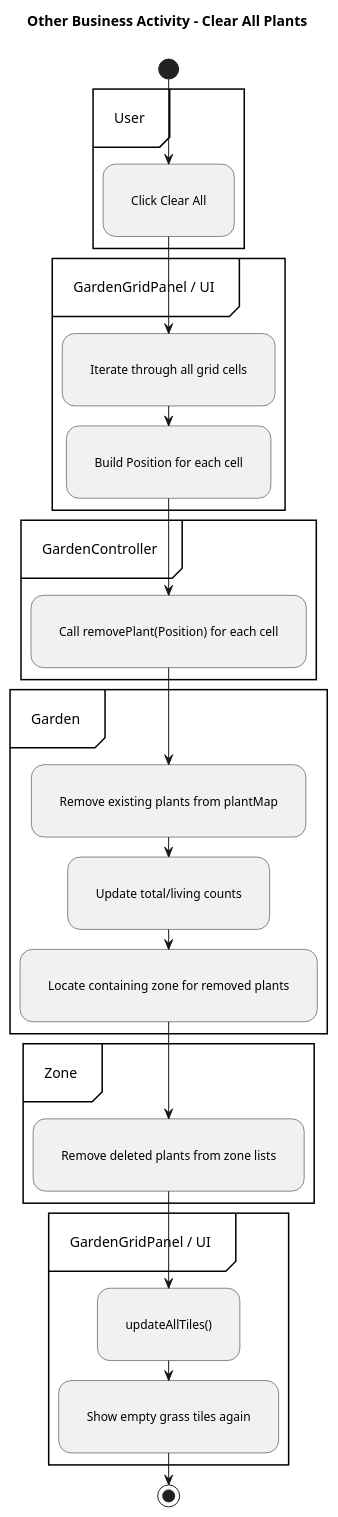
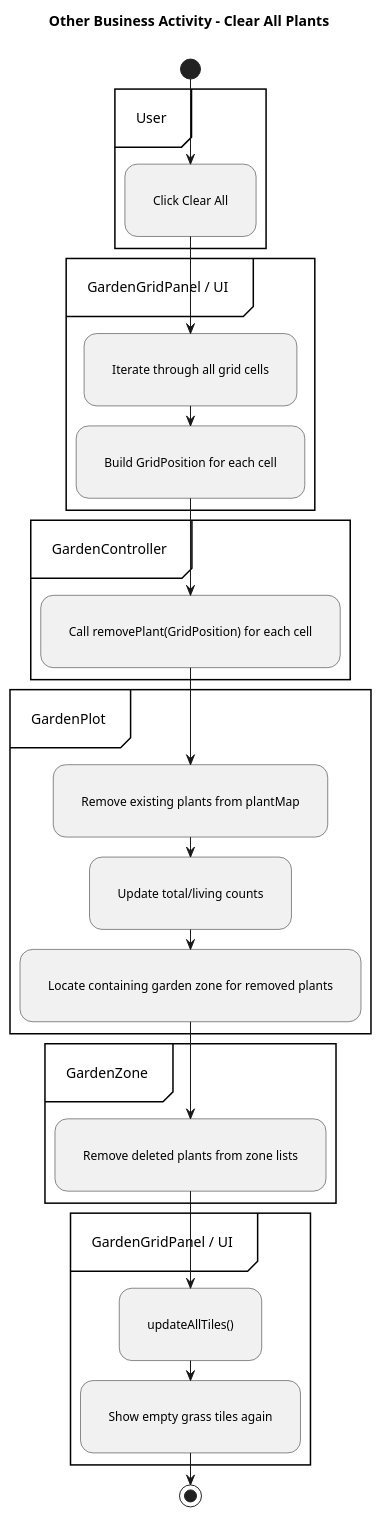
Before and after one commit to scientifios/computerizedgarden_csen275_group5: the diagram in docs_csen275_winter26/jjl/activity_other_business_plant_removal_and_manual_actions.puml, drawn with PlantUML. The commit also changed 8 other files, not shown here.

Commit message:
diagram updated with refactor

```diff
--- a/docs_csen275_winter26/jjl/activity_other_business_plant_removal_and_manual_actions.puml
+++ b/docs_csen275_winter26/jjl/activity_other_business_plant_removal_and_manual_actions.puml
@@ -1,43 +1,43 @@
 @startuml Activity_OtherBusiness_ClearAllPlants
 title Other Business Activity - Clear All Plants
 
 skinparam backgroundColor white
 skinparam shadowing false
 skinparam ranksep 110
 skinparam nodesep 80
 skinparam Padding 18
 skinparam ArrowThickness 1
 skinparam linetype ortho
 
 start
 
 partition "User" {
   :Click Clear All;
 }
 
 partition "GardenGridPanel / UI" {
   :Iterate through all grid cells;
-  :Build Position for each cell;
+  :Build GridPosition for each cell;
 }
 
 partition "GardenController" {
-  :Call removePlant(Position) for each cell;
+  :Call removePlant(GridPosition) for each cell;
 }
 
-partition "Garden" {
+partition "GardenPlot" {
   :Remove existing plants from plantMap;
   :Update total/living counts;
-  :Locate containing zone for removed plants;
+  :Locate containing garden zone for removed plants;
 }
 
-partition "Zone" {
+partition "GardenZone" {
   :Remove deleted plants from zone lists;
 }
 
 partition "GardenGridPanel / UI" {
   :updateAllTiles();
   :Show empty grass tiles again;
 }
 
 stop
 @enduml
```
